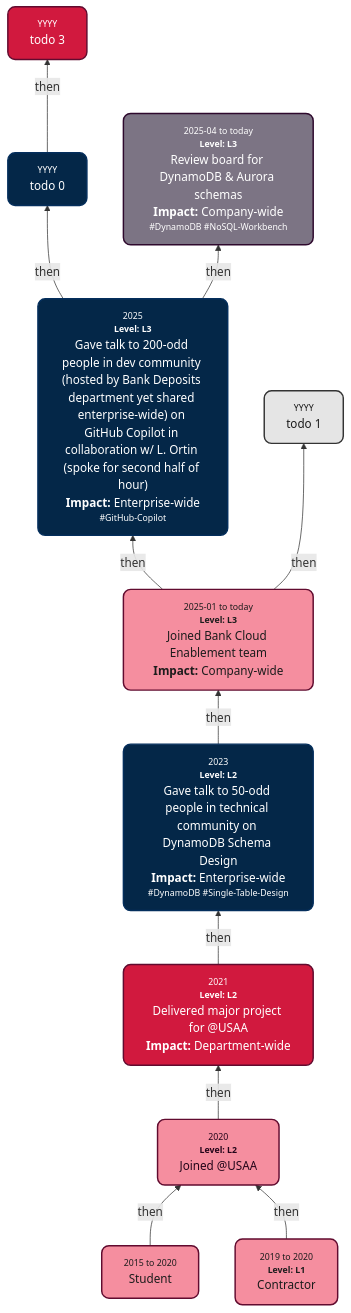
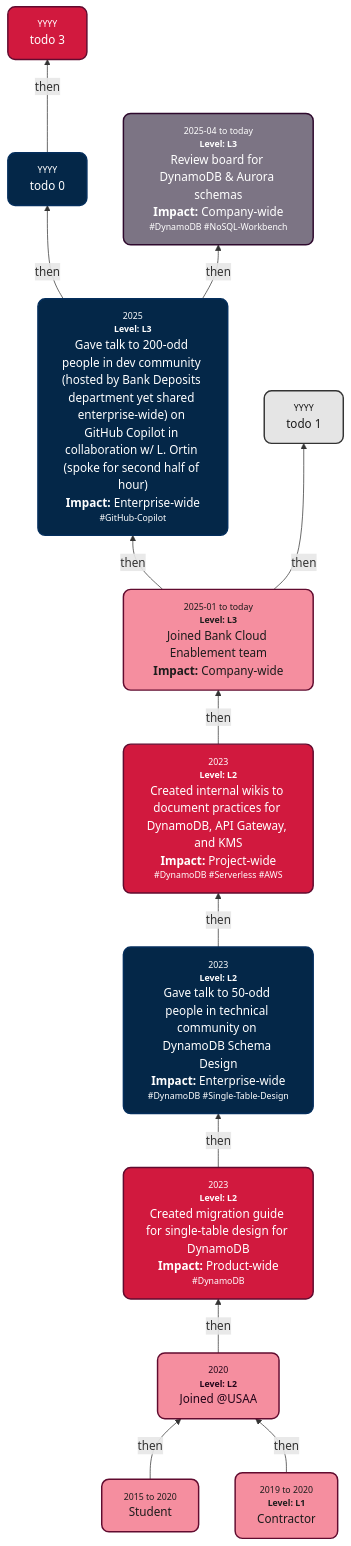
Before and after one commit to s-sepanski/portfolio: the diagram in README.md, drawn with Mermaid.

Commit message:
task: add node

````diff
--- a/README.md
+++ b/README.md
@@ -39,26 +39,28 @@
 ```mermaid
 graph BT
     PreStudentNode["<div style='font-size:75%;  color:#848484; text-align:center;'>2015 to 2020</div>Student"] -->|then| A["<div style='font-size:75%; color:#848484; text-align:center;'>2020</div><div style='font-size:75%; color:#848484; text-align:center;'><b>Level: L2</b><br/></div>Joined @USAA<br>"]
     ContractorNode["<div style='font-size:75%; color:#848484; text-align:center;'>2019 to 2020</div><div style='font-size:75%; color:#848484; text-align:center;'><b>Level: L1</b></div>Contractor"] -->|then| A
-    A -->|then| Creation1["<div style='font-size:75%; color:#848484; text-align:center;'>2021</div><div style='font-size:75%; color:#848484; text-align:center;'><b>Level: L2</b><br/></div>Delivered major project for @USAA<br/><b>Impact: </b>Department-wide"]
+    A -->|then| Creation1["<div style='font-size:75%; color:#848484; text-align:center;'>2023</div><div style='font-size:75%; color:#848484; text-align:center;'><b>Level: L2</b><br/></div>Created migration guide for single-table design for DynamoDB<br/><b>Impact: </b>Product-wide<div style='font-size:75%; color:#848484; text-align:center;'>#DynamoDB<br/></div>"]
     Creation1 -->|then| Chat["<div style='font-size:75%; color:#848484; text-align:center;'>2023</div><div style='font-size:75%; color:#848484; text-align:center;'><b>Level: L2</b><br/></div>Gave talk to 50-odd people in technical community on DynamoDB Schema Design<br/><b>Impact: </b>Enterprise-wide<div style='font-size:75%; color:#848484; text-align:center;'>#DynamoDB #Single-Table-Design<br/></div>"]
-    Chat -->|then| B["<div style='font-size:75%; color:#848484; text-align:center;'>2025-01 to today</div><div style='font-size:75%; color:#848484; text-align:center;'><b>Level: L3</b><br/></div>Joined Bank Cloud Enablement team<br/><b>Impact: </b>Company-wide"]
+    Chat -->|then| Creation2["<div style='font-size:75%; color:#848484; text-align:center;'>2023</div><div style='font-size:75%; color:#848484; text-align:center;'><b>Level: L2</b><br/></div>Created internal wikis to document practices for DynamoDB, API Gateway, and KMS<br/><b>Impact: </b>Project-wide<div style='font-size:75%; color:#848484; text-align:center;'>#DynamoDB #Serverless #AWS<br/></div>"]
+    Creation2 -->|then| B["<div style='font-size:75%; color:#848484; text-align:center;'>2025-01 to today</div><div style='font-size:75%; color:#848484; text-align:center;'><b>Level: L3</b><br/></div>Joined Bank Cloud Enablement team<br/><b>Impact: </b>Company-wide"]
     B -->|then| C["<div style='font-size:75%; color:#848484; text-align:center;'>2025</div><div style='font-size:75%; color:#848484; text-align:center;'><b>Level: L3</b><br/></div>Gave talk to 200-odd people in dev community (hosted by Bank Deposits department yet shared enterprise-wide) on GitHub Copilot in collaboration w/ L. Ortin (spoke for second half of hour)<br/><b>Impact: </b>Enterprise-wide<div style='font-size:75%; color:#848484; text-align:center;'>#GitHub-Copilot<br/></div>"]
     C -->|then| D["<div style='font-size:75%; color:#848484; text-align:center;'>YYYY</div>todo 0"]
     B -->|then| E["<div style='font-size:75%; color:#848484; text-align:center;'>YYYY</div>todo 1"]
     C -->|then| F["<div style='font-size:75%; color:#848484; text-align:center;'>2025-04 to today</div><div style='font-size:75%; color:#848484; text-align:center;'><b>Level: L3</b><br/></div>Review board for DynamoDB & Aurora schemas<br/><b>Impact: </b>Company-wide<div style='font-size:75%; color:#848484; text-align:center;'>#DynamoDB #NoSQL-Workbench<br/></div>"]
     D -->|then| G["<div style='font-size:75%; color:#848484; text-align:center;'>YYYY</div>todo 3"]
     style PreStudentNode fill:#f58e9f,stroke:#610b2f,stroke-width:2px,color:#1c1c1c
     style ContractorNode fill:#f58e9f,stroke:#610b2f,stroke-width:2px,color:#1c1c1c
     style A fill:#f58e9f,stroke:#610b2f,stroke-width:2px,color:#230519
     style Creation1 fill:#d1193e,stroke:#610b2f,stroke-width:2px,color:#FFFFFF
     style Chat fill:#042748,stroke:#042e5c,stroke-width:2px,color:#FFFFFF
+    style Creation2 fill:#d1193e,stroke:#610b2f,stroke-width:2px,color:#FFFFFF
     style B fill:#f58e9f,stroke:#610b2f,stroke-width:2px,color:#1c1c1c
     style C fill:#042748,stroke:#042e5c,stroke-width:2px,color:#FFFFFF
     style D fill:#042748,stroke:#042e5c,stroke-width:2px,color:#FFFFFF
     style E fill:#e5e5e5,stroke:#343434,stroke-width:2px,color:#1c1c1c
     style F fill:#7c7484,stroke:#2e092d,stroke-width:2px,color:#FFFFFF
     style G fill:#d1193e,stroke:#610b2f,stroke-width:2px,color:#FFFFFF
     classDef rounded stroke-width:2px,rx:10,ry:10;
-    class PreStudentNode,ContractorNode,A,Creation1,Chat,B,C,D,E,F,G rounded;
+    class PreStudentNode,ContractorNode,A,Creation1,Chat,Creation2,B,C,D,E,F,G rounded;
 ```
````
